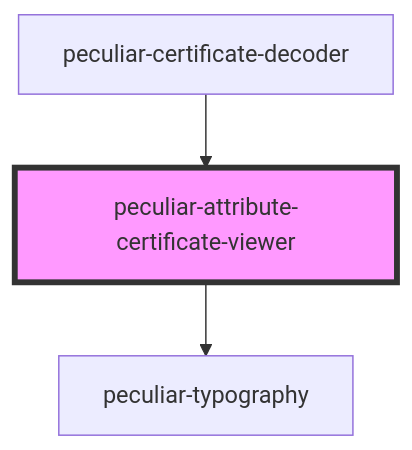
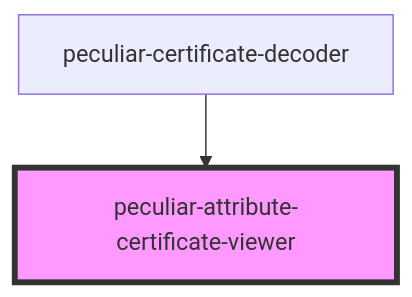
The diagram in packages/webcomponents/src/components/attribute-certificate-viewer/readme.md (PeculiarVentures/pv-certificates-viewer), drawn with Mermaid before and after one commit. The commit also changed other lines of this file and 100 other files, not shown here.

````diff
--- a/packages/webcomponents/src/components/attribute-certificate-viewer/readme.md
+++ b/packages/webcomponents/src/components/attribute-certificate-viewer/readme.md
@@ -31,6 +28,5 @@
 ```mermaid
 graph TD;
-  peculiar-attribute-certificate-viewer --> peculiar-typography
   peculiar-certificate-decoder --> peculiar-attribute-certificate-viewer
   style peculiar-attribute-certificate-viewer fill:#f9f,stroke:#333,stroke-width:4px
 ```
````
